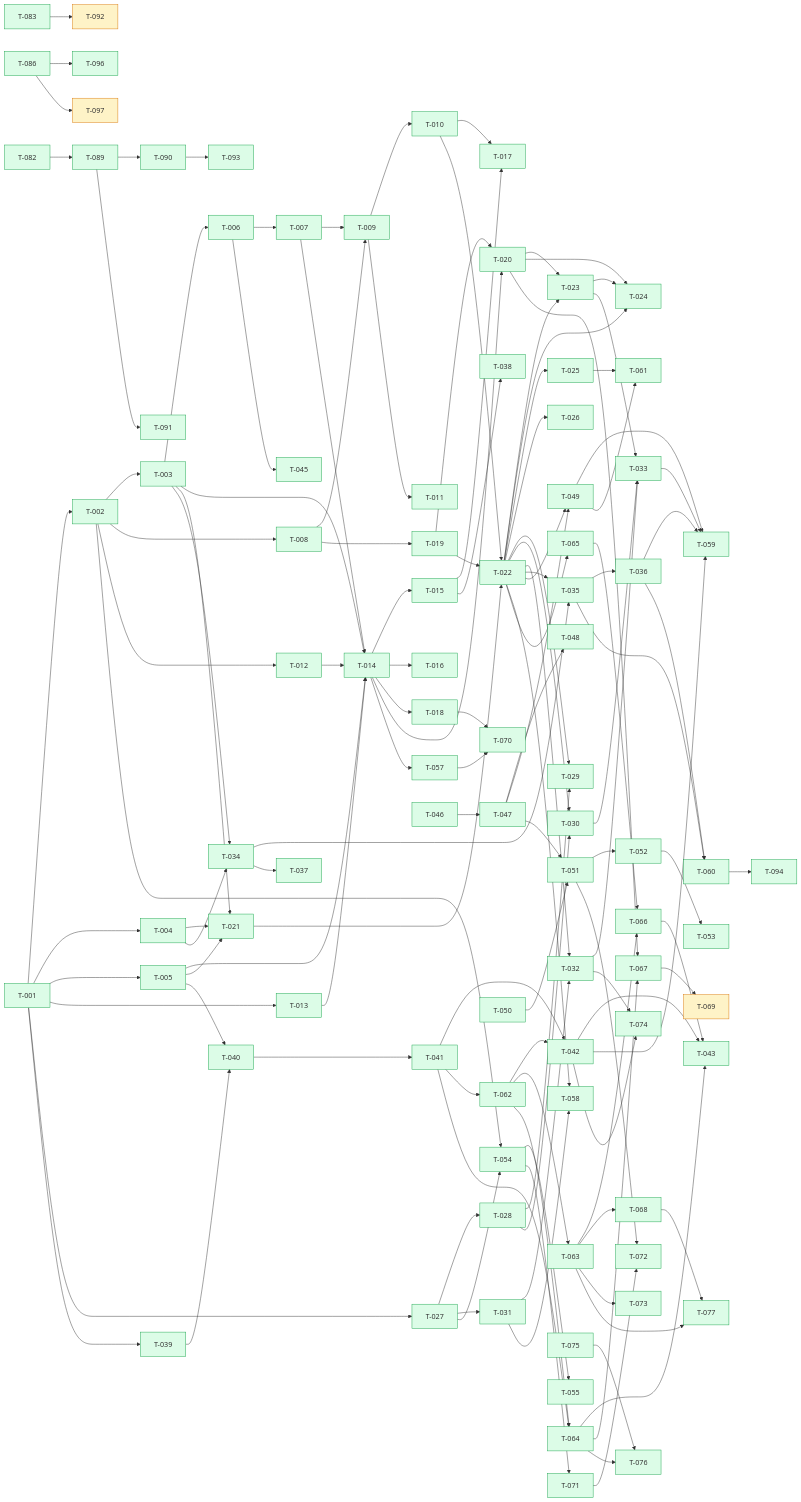
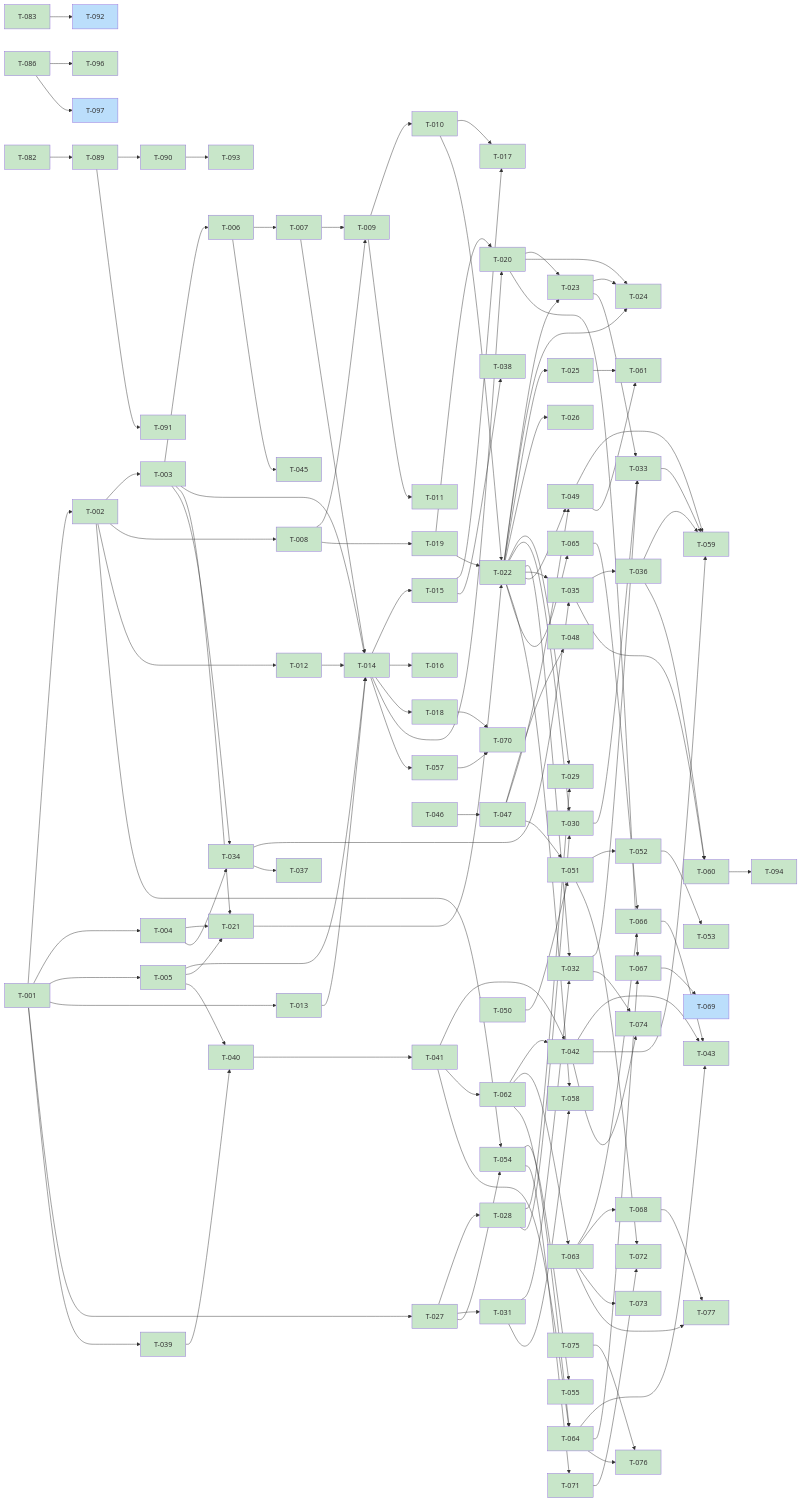
One commit to scholtz/biatec-chat changed the diagram in kanban/BOARD.md. Above: the diagram before and after it, drawn with Mermaid. The commit also changed other lines of this file, not shown here.

Commit message:
kanban: sync board (merged tasks done, unblock dependants)

````diff
--- a/kanban/BOARD.md
+++ b/kanban/BOARD.md
@@ -254,107 +254,11 @@
   T060[T-060] --> T094[T-094]
   T086[T-086] --> T096[T-096]
   T086[T-086] --> T097[T-097]
-  classDef backlog fill:#dbeafe,stroke:#2563eb
-  classDef prog fill:#fef3c7,stroke:#d97706
-  classDef blocked fill:#fee2e2,stroke:#dc2626
-  classDef review fill:#ede9fe,stroke:#7c3aed
-  classDef done fill:#dcfce7,stroke:#16a34a
-  class T001 done
-  class T002 done
-  class T003 done
-  class T004 done
-  class T005 done
-  class T006 done
-  class T007 done
-  class T008 done
-  class T009 done
-  class T010 done
-  class T011 done
-  class T012 done
-  class T013 done
-  class T014 done
-  class T015 done
-  class T016 done
-  class T017 done
-  class T018 done
-  class T019 done
-  class T020 done
-  class T021 done
-  class T022 done
-  class T023 done
-  class T024 done
-  class T025 done
-  class T026 done
-  class T027 done
-  class T028 done
-  class T029 done
-  class T030 done
-  class T031 done
-  class T032 done
-  class T033 done
-  class T034 done
-  class T035 done
-  class T036 done
-  class T037 done
-  class T038 done
-  class T039 done
-  class T040 done
-  class T041 done
-  class T042 done
-  class T043 done
-  class T044 done
-  class T045 done
-  class T046 done
-  class T047 done
-  class T048 done
-  class T049 done
-  class T050 done
-  class T051 done
-  class T052 done
-  class T053 done
-  class T054 done
-  class T055 done
-  class T056 done
-  class T057 done
-  class T058 done
-  class T059 done
-  class T060 done
-  class T061 done
-  class T062 done
-  class T063 done
-  class T064 done
-  class T065 done
-  class T066 done
-  class T067 done
-  class T068 done
-  class T069 prog
-  class T070 done
-  class T071 done
-  class T072 done
-  class T073 done
-  class T074 done
-  class T075 done
-  class T076 done
-  class T077 done
-  class T078 done
-  class T079 done
-  class T080 done
-  class T081 done
-  class T082 done
-  class T083 done
-  class T084 done
-  class T085 prog
-  class T086 done
-  class T087 done
-  class T088 done
-  class T089 done
-  class T090 done
-  class T091 done
-  class T092 prog
-  class T093 done
-  class T094 done
-  class T095 done
-  class T096 done
-  class T097 prog
-
+  classDef done fill:#c8e6c9
+  classDef review fill:#fff9c4
+  classDef inprogress fill:#bbdefb
+  classDef backlog fill:#ffffff
+  classDef blocked fill:#eeeeee
+  class T001,T002,T003,T004,T005,T006,T007,T008,T009,T010,T011,T012,T013,T014,T015,T016,T017,T018,T019,T020,T021,T022,T023,T024,T025,T026,T027,T028,T029,T030,T031,T032,T033,T034,T035,T036,T037,T038,T039,T040,T041,T042,T043,T044,T045,T046,T047,T048,T049,T050,T051,T052,T053,T054,T055,T056,T057,T058,T059,T060,T061,T062,T063,T064,T065,T066,T067,T068,T070,T071,T072,T073,T074,T075,T076,T077,T078,T079,T080,T081,T082,T083,T084,T086,T087,T088,T089,T090,T091,T093,T094,T095,T096 done
+  class T069,T085,T092,T097 inprogress
 ```
````
